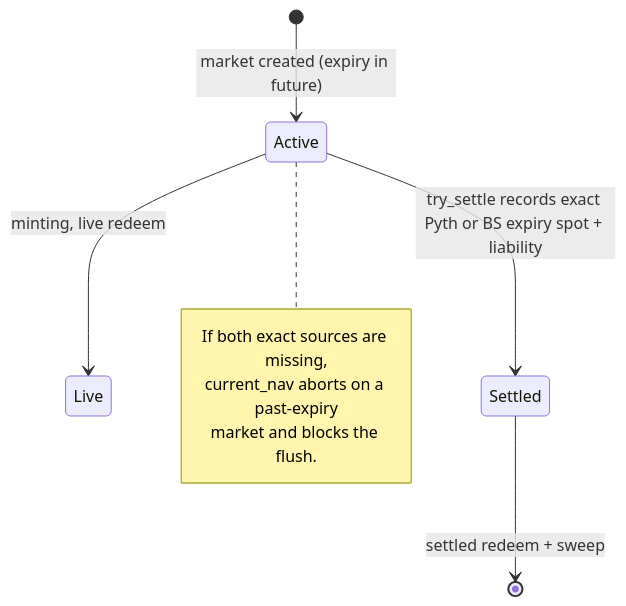
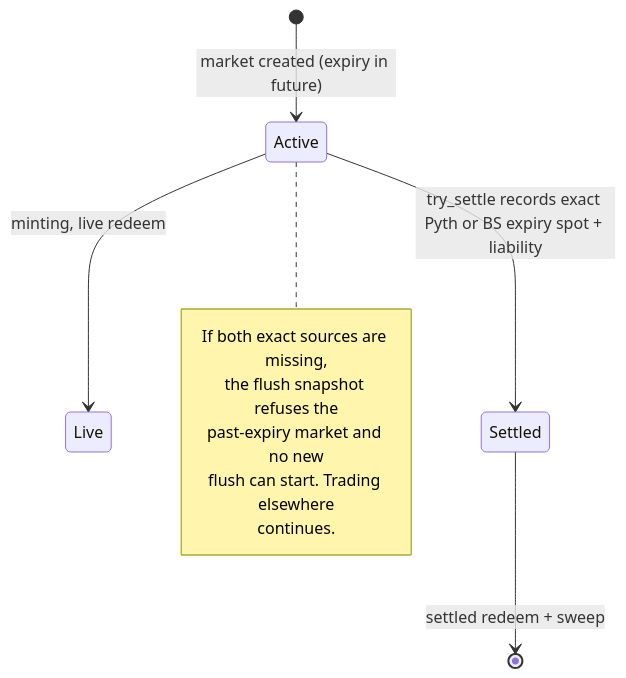
Before and after one commit to MystenLabs/deepbookv3: the diagram in packages/predict/docs/risks.md, drawn with Mermaid. The commit also changed other lines of this file and 40 other files, not shown here.

First line of the commit message:
predict: resumable full-pool flush without pausing trading (DBU-754) (#1265)

````diff
--- a/packages/predict/docs/risks.md
+++ b/packages/predict/docs/risks.md
@@ -60,12 +61,14 @@
 ```mermaid
 stateDiagram-v2
     [*] --> Active: market created (expiry in future)
     Active --> Live: minting, live redeem
     Active --> Settled: try_settle records exact Pyth or BS expiry spot + liability
     Settled --> [*]: settled redeem + sweep
     note right of Active
       If both exact sources are missing,
-      current_nav aborts on a past-expiry
-      market and blocks the flush.
+      the flush snapshot refuses the
+      past-expiry market and no new
+      flush can start. Trading elsewhere
+      continues.
     end note
 ```
````
